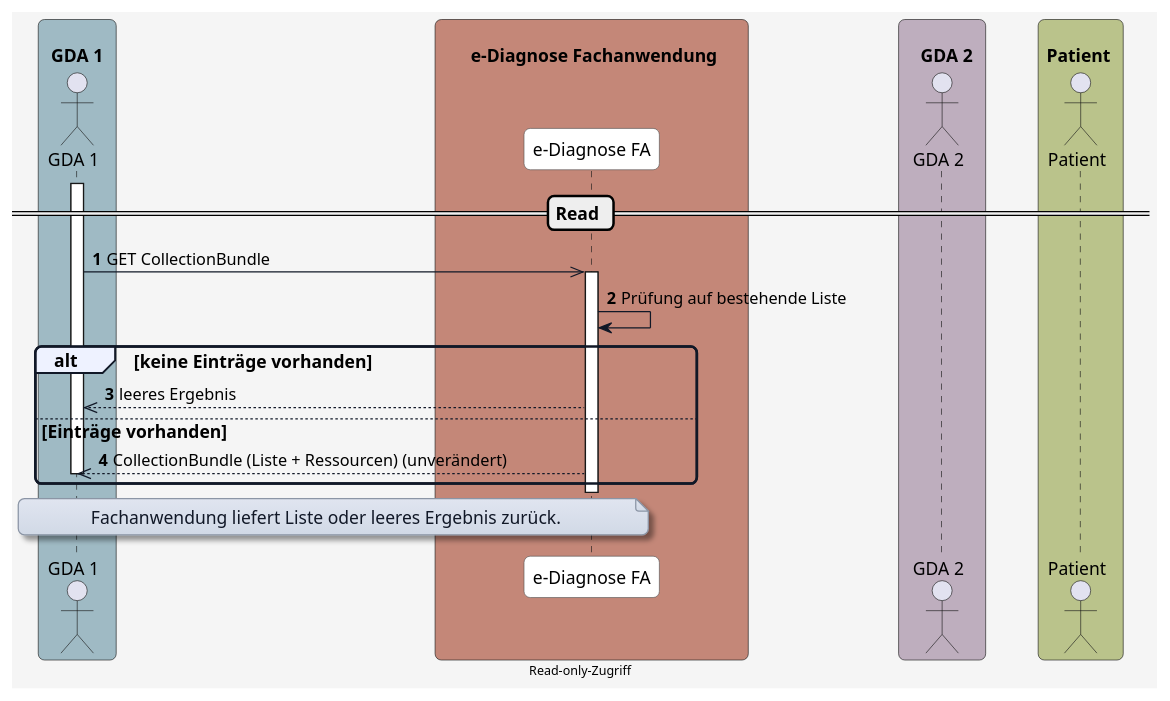
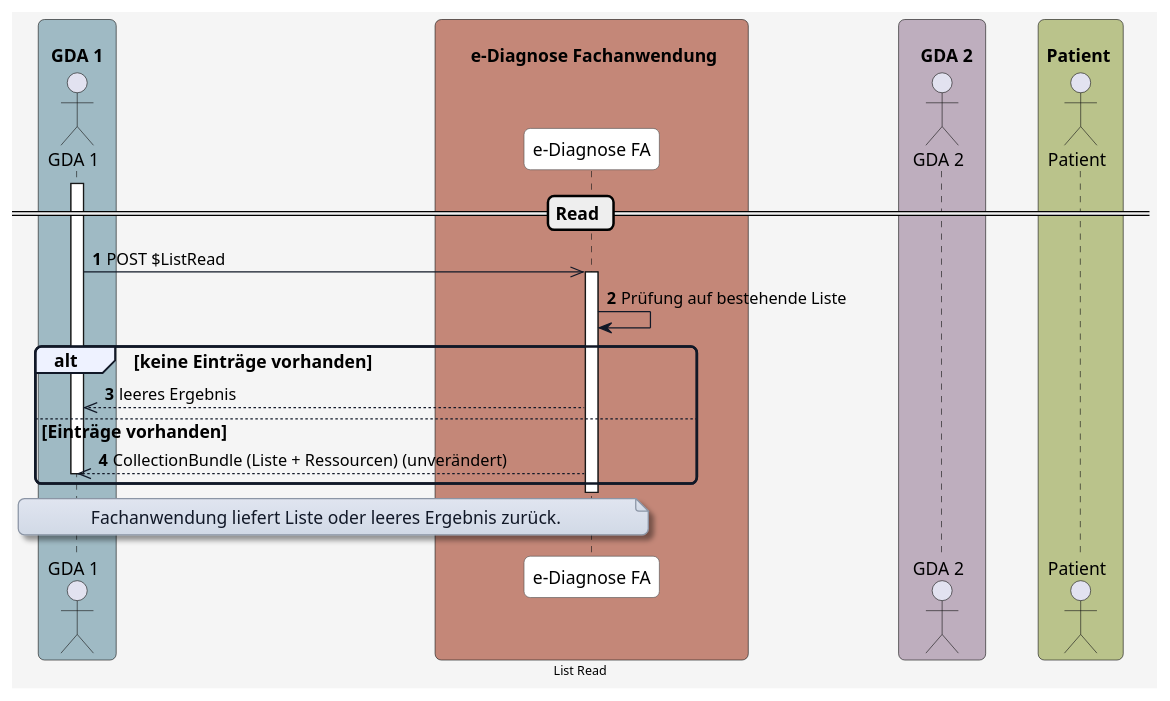
The diagram in plantuml/diagram_read.plantuml (HL7Austria/ELGA-e-Diagnose-R4), drawn with PlantUML before and after one commit. The commit also changed 2 other files, not shown here.

```diff
--- a/plantuml/diagram_read.plantuml
+++ b/plantuml/diagram_read.plantuml
@@ -1,81 +1,81 @@
 @startuml
 skinparam borderColor #000000
 skinparam backgroundColor #f5f5f5
 skinparam shadowing false
 skinparam roundCorner 10
 skinparam defaultFontName "Arial"
 skinparam defaultFontSize 14
 skinparam defaultFontColor #000000
 
 skinparam note {
   BackgroundColor #e0e5f0-#d1d9e6
   BorderColor #8b95a5
   BorderThickness 1
   RoundCorner 8
   Padding 6
   FontColor #111827
   Shadowing true
 }
 
 skinparam HyperlinkColor #0000EE
 skinparam HyperlinkUnderline false
 
 skinparam sequence {
   ParticipantBorderColor #555555
   ParticipantBackgroundColor #ffffff
   ParticipantFontColor #000000
   ParticipantFontSize 14
   ParticipantPadding 20
   ArrowColor #111827
   ArrowThickness 1
   ArrowFontColor #000000
   ArrowFontSize 13
   GroupBorderColor #111827
   GroupBackgroundColor #eef2ff
   GroupBorderThickness 2
 }
 
 skinparam BoxPadding 20
 skinparam BoxBorderColor #555555
 
 box "\n  GDA 1  " #9fbac4
   actor GDA_1 as "GDA 1"
 end box
 
 box "\n       e-Diagnose Fachanwendung      " #C48778
   participant eDiag_FA as "e-Diagnose FA"
 end box
 
 box "\n    GDA 2  " #beaebe
   actor GDA_2 as "GDA 2"
 end box
 
 box "\n Patient  " #bac38b
   actor Patient as "Patient"
 end box
 
 
 autonumber
 
 == Read ==
 activate GDA_1
-GDA_1 ->> eDiag_FA: GET CollectionBundle
+GDA_1 ->> eDiag_FA: POST $ListRead
 
 activate eDiag_FA
 eDiag_FA -> eDiag_FA: Prüfung auf bestehende Liste
 
 alt keine Einträge vorhanden
   eDiag_FA -->> GDA_1: leeres Ergebnis
 else Einträge vorhanden
   eDiag_FA -->> GDA_1: CollectionBundle (Liste + Ressourcen) (unverändert)
   deactivate GDA_1
 end
 deactivate eDiag_FA
 
 note over GDA_1, eDiag_FA
 Fachanwendung liefert Liste oder leeres Ergebnis zurück.
 end note
 
-center footer Read-only-Zugriff
+center footer List Read
 
 @enduml
```
